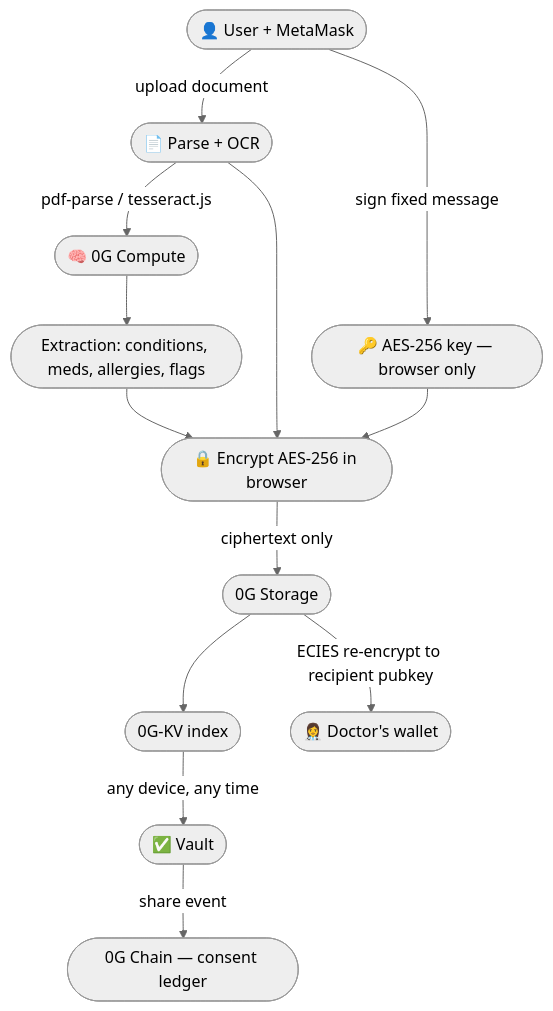
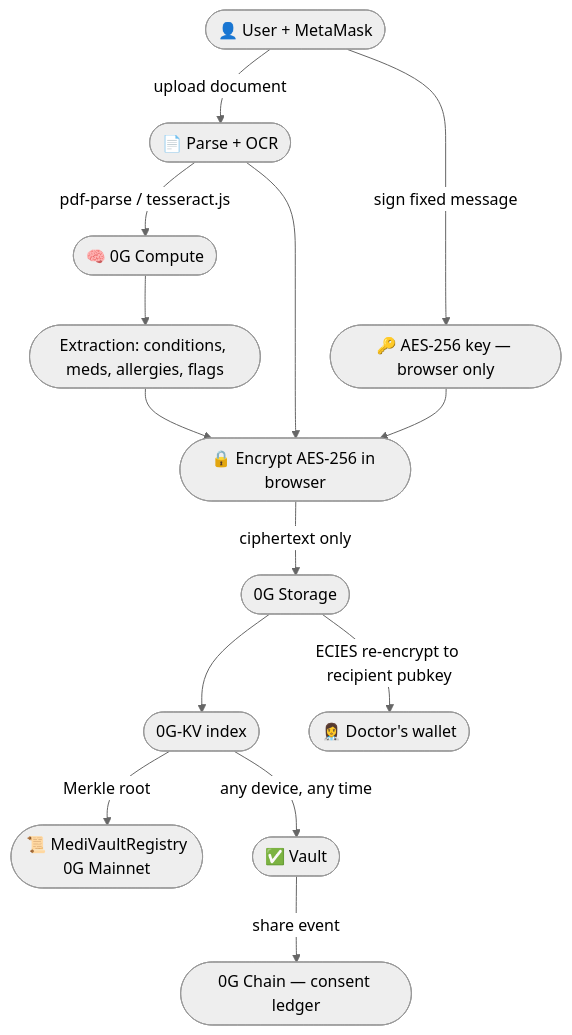
Before and after one commit to salch-cred/medivault: the diagram in README.md, drawn with Mermaid (neutral theme). The commit also changed other lines of this file, not shown here.

````diff
--- a/README.md
+++ b/README.md
@@ -265,15 +282,16 @@
 ```mermaid
 flowchart TD
   U(["👤 User + MetaMask"]) -->|"sign fixed message"| K(["🔑 AES-256 key — browser only"])
   U -->|"upload document"| P(["📄 Parse + OCR"])
   P -->|"pdf-parse / tesseract.js"| AI(["🧠 0G Compute"])
   AI --> EX(["Extraction: conditions, meds, allergies, flags"])
   EX --> ENC(["🔒 Encrypt AES-256 in browser"])
   P --> ENC
   K --> ENC
   ENC -->|"ciphertext only"| S(["0G Storage"])
   S --> IDX(["0G-KV index"])
+  IDX -->|"Merkle root"| REG(["📜 MediVaultRegistry\n0G Mainnet"])
   IDX -->|"any device, any time"| V(["✅ Vault"])
   S -->|"ECIES re-encrypt to recipient pubkey"| D(["👩‍⚕️ Doctor's wallet"])
   V -->|"share event"| CL(["0G Chain — consent ledger"])
 ```
````
